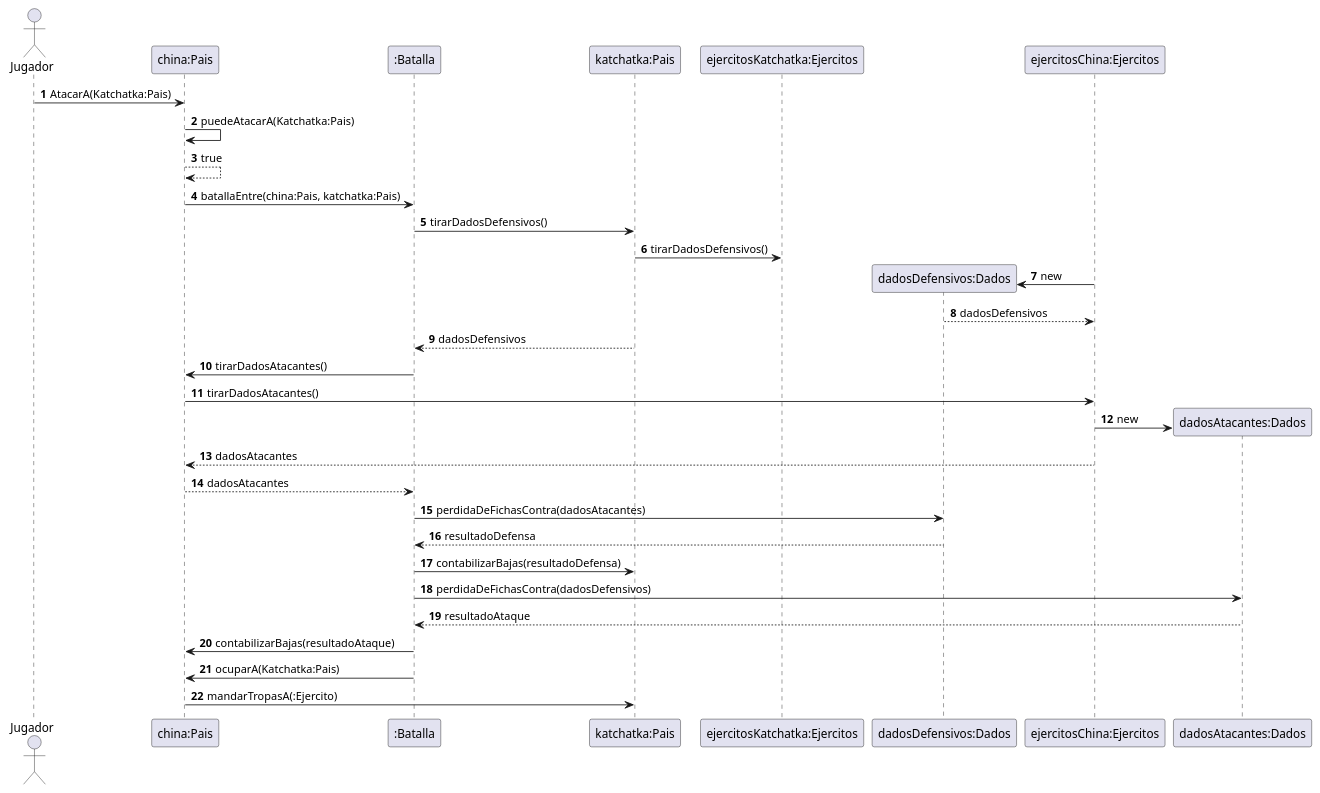
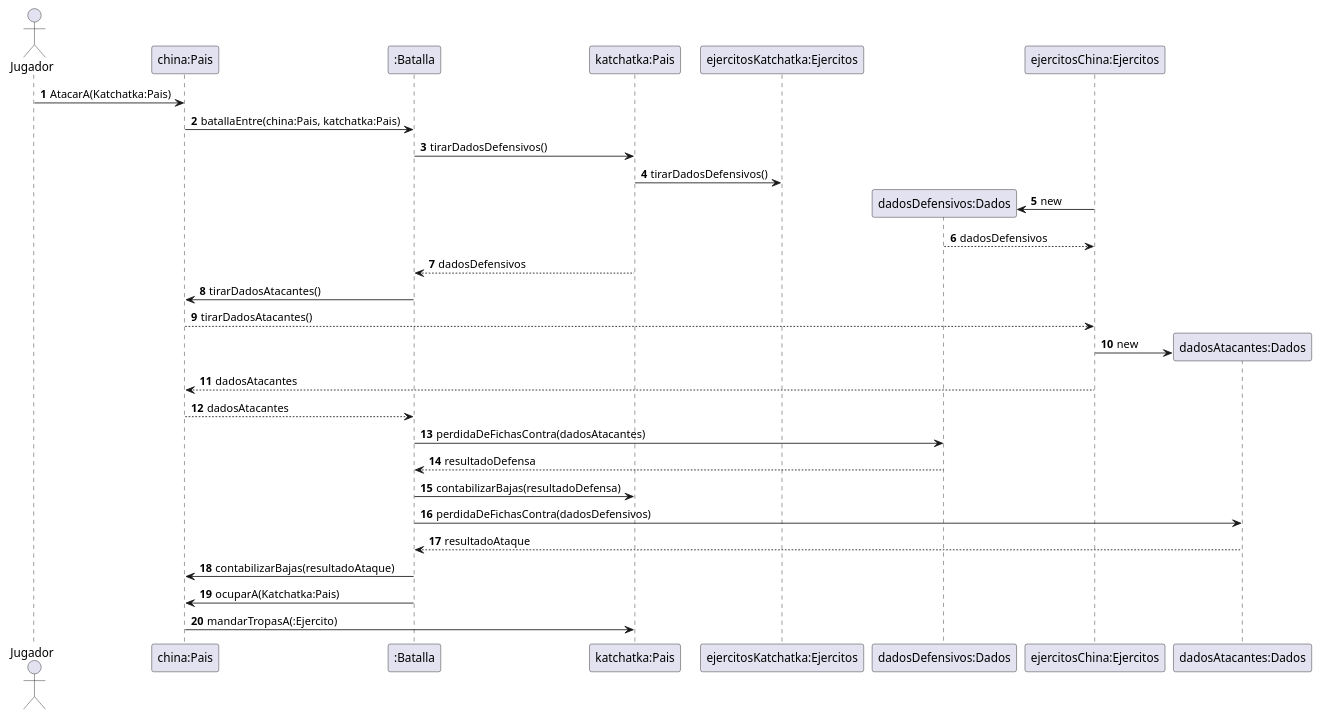
The diagram in Diagramas/AtaqueAOtroPais.puml (julia-valdo/Algoritmos-3.TP2), drawn with PlantUML before and after one commit. The commit also changed 14 other files, not shown here.

```diff
--- a/Diagramas/AtaqueAOtroPais.puml
+++ b/Diagramas/AtaqueAOtroPais.puml
@@ -1,44 +1,40 @@
 @startuml
 'https://plantuml.com/sequence-diagram
 
 autonumber
 'Gana Jugador 1'
 Actor Jugador
 
 Jugador -> "china:Pais": AtacarA(Katchatka:Pais)
-
-"china:Pais"-> "china:Pais": puedeAtacarA(Katchatka:Pais)
-return true
-
 "china:Pais" -> ":Batalla":batallaEntre(china:Pais, katchatka:Pais)
 
 ":Batalla" -> "katchatka:Pais": tirarDadosDefensivos()
     "katchatka:Pais" -> "ejercitosKatchatka:Ejercitos": tirarDadosDefensivos()
     create "dadosDefensivos:Dados"
     "ejercitosChina:Ejercitos" -> "dadosDefensivos:Dados" : new
     return dadosDefensivos
 "katchatka:Pais" --> ":Batalla": dadosDefensivos
 
 ":Batalla" -> "china:Pais": tirarDadosAtacantes()
-    "china:Pais" -> "ejercitosChina:Ejercitos": tirarDadosAtacantes()
+    "china:Pais" --> "ejercitosChina:Ejercitos": tirarDadosAtacantes()
     create "dadosAtacantes:Dados"
     "ejercitosChina:Ejercitos" -> "dadosAtacantes:Dados" : new
     "ejercitosChina:Ejercitos" --> "china:Pais": dadosAtacantes
 "china:Pais" --> ":Batalla": dadosAtacantes
 
 ":Batalla" -> "dadosDefensivos:Dados": perdidaDeFichasContra(dadosAtacantes)
 return resultadoDefensa
 
 ":Batalla" -> "katchatka:Pais": contabilizarBajas(resultadoDefensa)
 
 ":Batalla" -> "dadosAtacantes:Dados": perdidaDeFichasContra(dadosDefensivos)
 return resultadoAtaque
 
 ":Batalla" -> "china:Pais": contabilizarBajas(resultadoAtaque)
 
 ":Batalla" -> "china:Pais": ocuparA(Katchatka:Pais)
 
 "china:Pais" -> "katchatka:Pais": mandarTropasA(:Ejercito)
 
 
 @enduml
```
